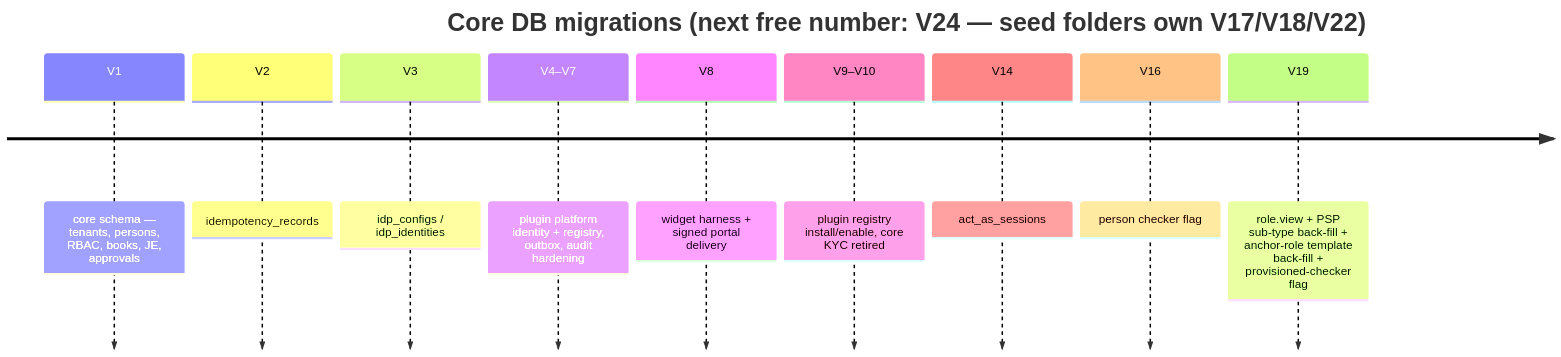
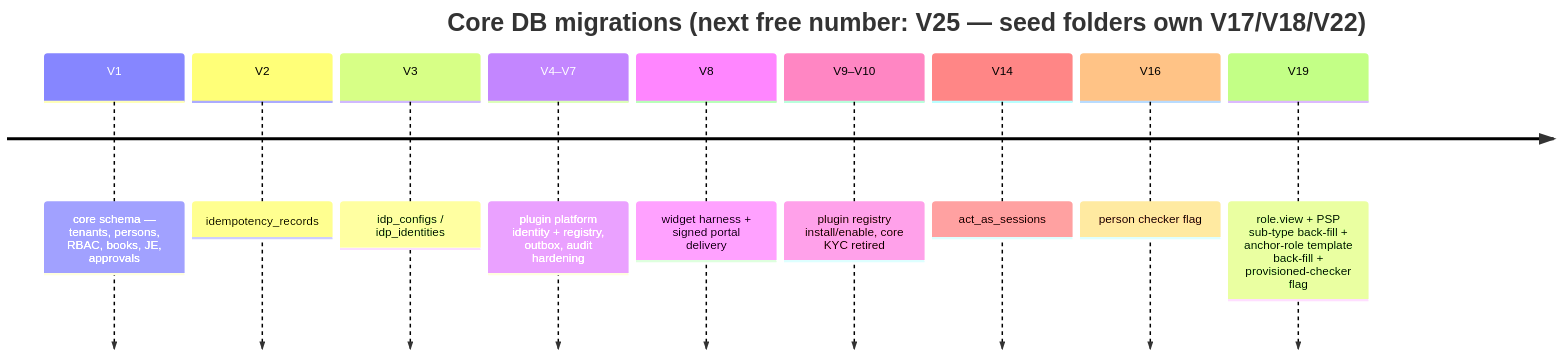
The second of 2 diagrams in docs/architecture/10-data-model.md (FathimaBadar/FinancialServicesPlatform), drawn with Mermaid before and after one commit. The commit also changed 19 other files, not shown here.

````diff
--- a/docs/architecture/10-data-model.md
+++ b/docs/architecture/10-data-model.md
@@ -34,13 +34,13 @@
 ```mermaid
 timeline
-    title Core DB migrations (next free number: V24 — seed folders own V17/V18/V22)
+    title Core DB migrations (next free number: V25 — seed folders own V17/V18/V22)
     V1 : core schema — tenants, persons, RBAC, books, JE, approvals
     V2 : idempotency_records
     V3 : idp_configs / idp_identities
     V4–V7 : plugin platform identity + registry, outbox, audit hardening
     V8 : widget harness + signed portal delivery
     V9–V10 : plugin registry install/enable, core KYC retired
     V14 : act_as_sessions
     V16 : person checker flag
     V19 : role.view + PSP sub-type back-fill + anchor-role template back-fill + provisioned-checker flag
 ```
````
